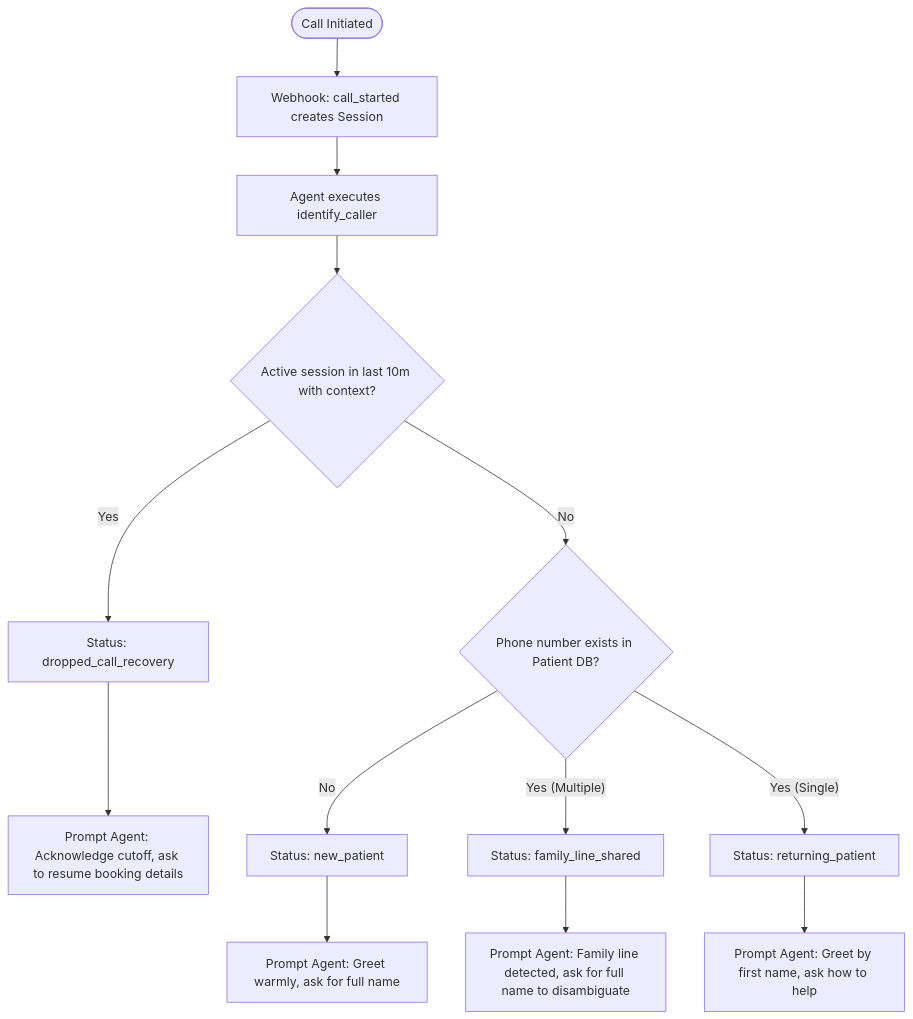
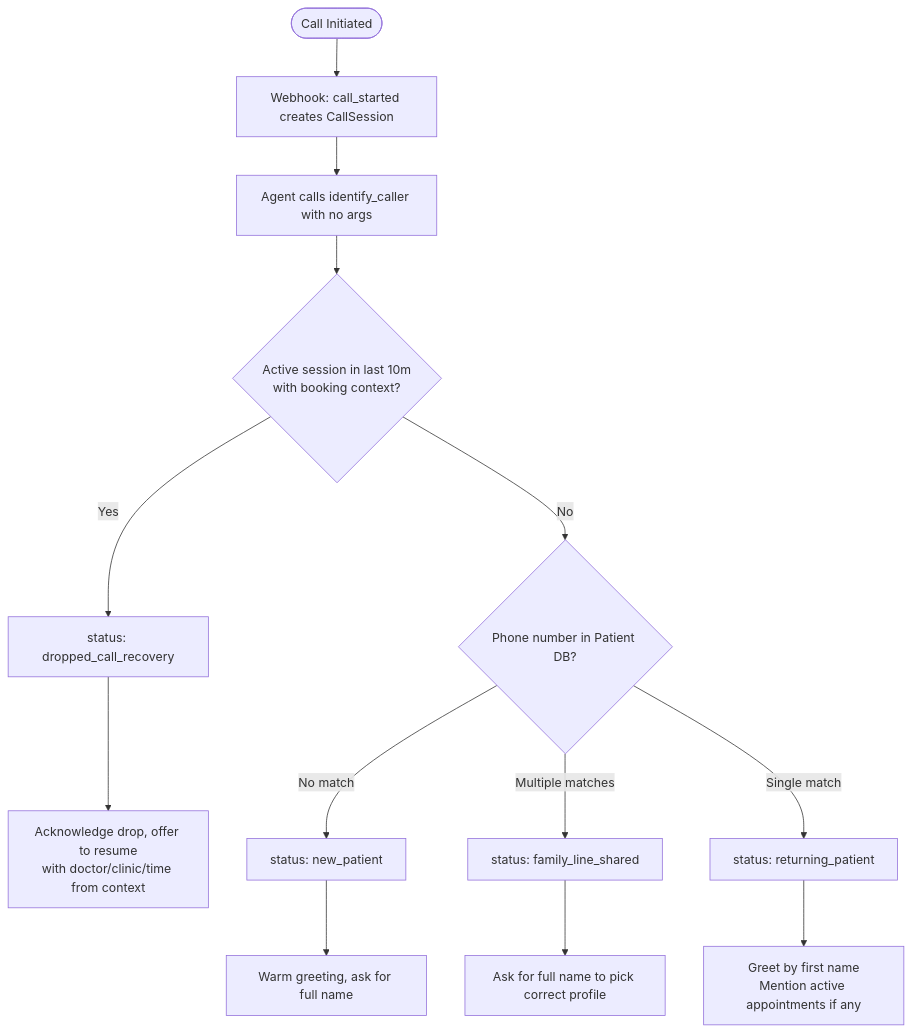
Before and after one commit to daredevil1102/Voice-AI-Agent: the diagram in PROMPT_LOGIC.md, drawn with Mermaid. The commit also changed other lines of this file, not shown here.

Commit message:
docs: rewrite PROMPT_LOGIC.md to match new state machine, tool contracts, and args-wrapping fix

````diff
--- a/PROMPT_LOGIC.md
+++ b/PROMPT_LOGIC.md
@@ -19,20 +115,20 @@
 ```mermaid
 graph TD
-    Start([Call Initiated]) --> Webhook[Webhook: call_started creates Session]
-    Webhook --> ToolCall[Agent executes identify_caller]
-    ToolCall --> CheckDrop{Active session in last 10m with context?}
-    
-    CheckDrop -- Yes --> Recovery[Status: dropped_call_recovery]
-    Recovery --> RecoverReply[Prompt Agent: Acknowledge cutoff, ask to resume booking details]
-    
-    CheckDrop -- No --> MatchDB{Phone number exists in Patient DB?}
-    
-    MatchDB -- No --> NewPatient[Status: new_patient]
-    NewPatient --> NewReply[Prompt Agent: Greet warmly, ask for full name]
-    
-    MatchDB -- Yes (Multiple) --> Shared[Status: family_line_shared]
-    Shared --> SharedReply[Prompt Agent: Family line detected, ask for full name to disambiguate]
-    
-    MatchDB -- Yes (Single) --> Return[Status: returning_patient]
-    Return --> ReturnReply[Prompt Agent: Greet by first name, ask how to help]
+    Start([Call Initiated]) --> Webhook[Webhook: call_started creates CallSession]
+    Webhook --> ToolCall[Agent calls identify_caller with no args]
+    ToolCall --> CheckDrop{Active session in last 10m\nwith booking context?}
+
+    CheckDrop -- Yes --> Recovery[status: dropped_call_recovery]
+    Recovery --> RecoverReply[Acknowledge drop, offer to resume\nwith doctor/clinic/time from context]
+
+    CheckDrop -- No --> MatchDB{Phone number in Patient DB?}
+
+    MatchDB -- No match --> NewPatient[status: new_patient]
+    NewPatient --> NewReply[Warm greeting, ask for full name]
+
+    MatchDB -- Multiple matches --> Shared[status: family_line_shared]
+    Shared --> SharedReply[Ask for full name to pick correct profile]
+
+    MatchDB -- Single match --> Return[status: returning_patient]
+    Return --> ReturnReply[Greet by first name\nMention active appointments if any]
 ```
````
